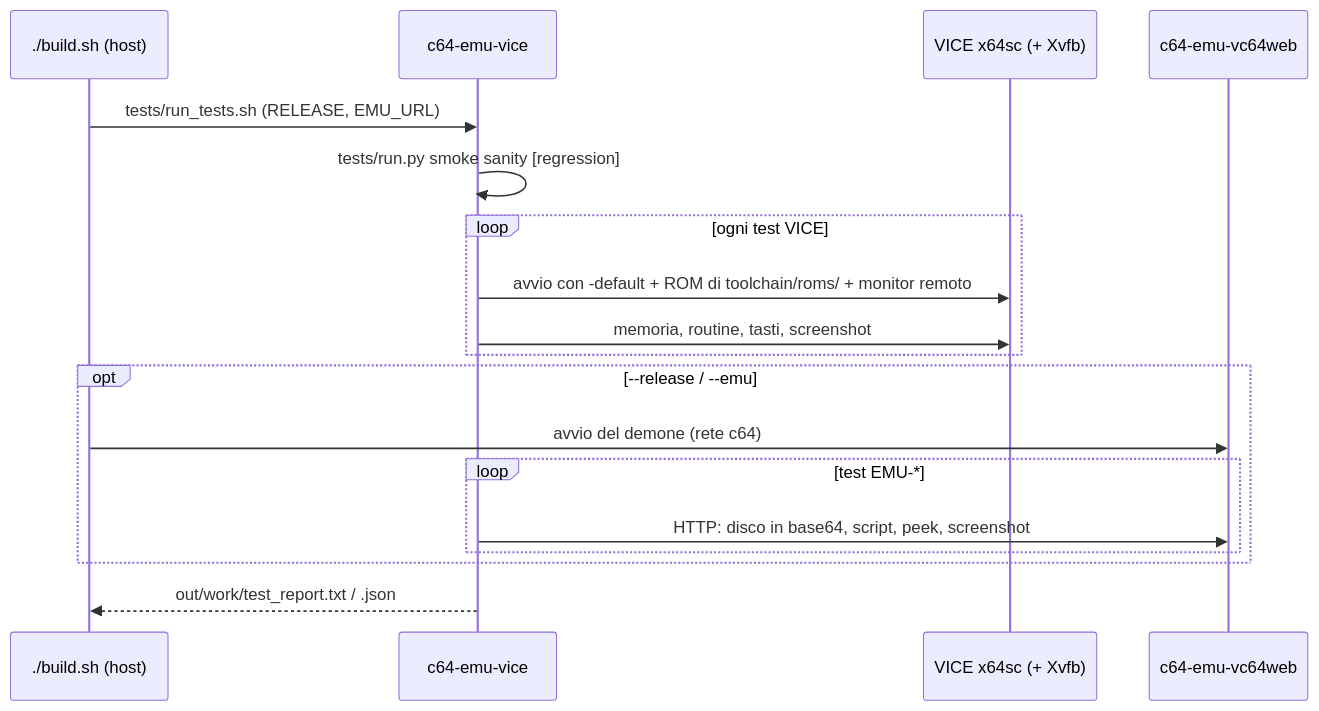
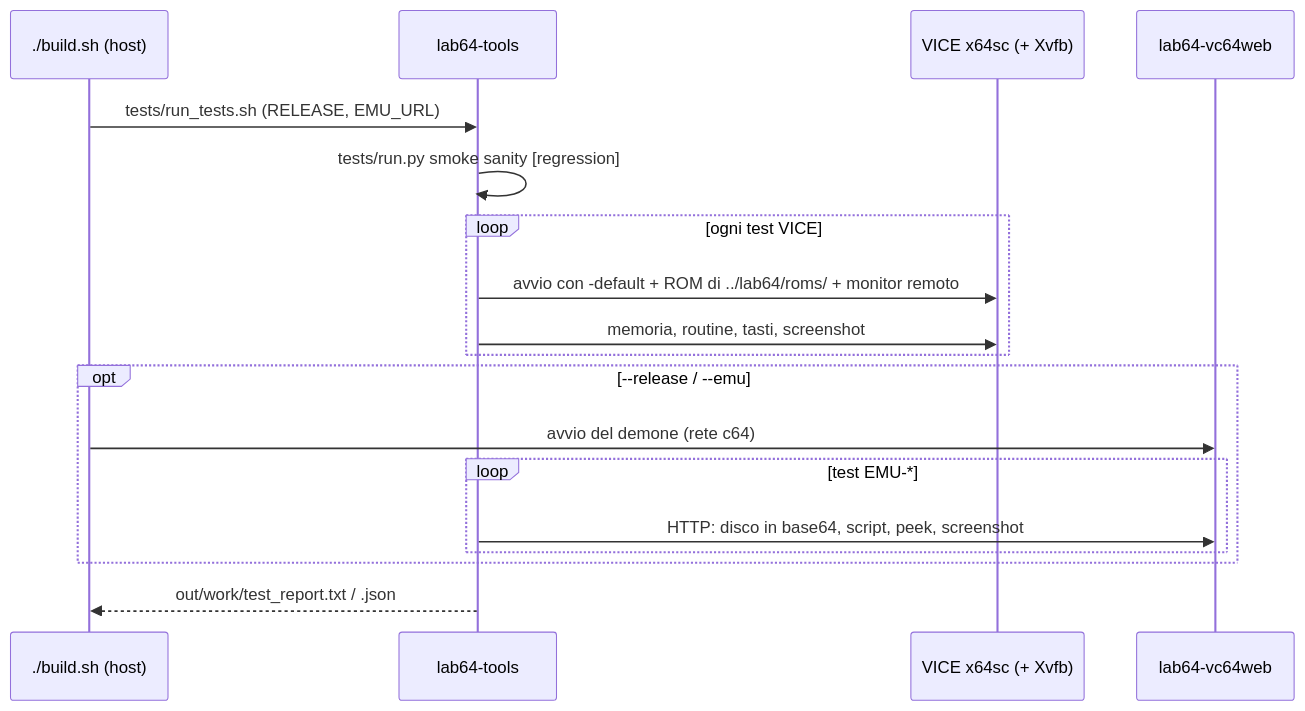
The third of 3 diagrams in docs/getting-started.md (caporalesimone/barbarian-the-blood-path), drawn with Mermaid before and after one commit. The commit also changed other lines of this file and 201 other files, not shown here.

First line of the commit message:
Toolchain separata nel repository Lab64 (T2, prima parte)

````diff
--- a/docs/getting-started.md
+++ b/docs/getting-started.md
@@ -121,20 +125,20 @@
 ```mermaid
 sequenceDiagram
   participant H as ./build.sh (host)
-  participant V as c64-emu-vice
+  participant V as lab64-tools
   participant X as VICE x64sc (+ Xvfb)
-  participant W as c64-emu-vc64web
+  participant W as lab64-vc64web
   H->>V: tests/run_tests.sh (RELEASE, EMU_URL)
   V->>V: tests/run.py smoke sanity [regression]
   loop ogni test VICE
-    V->>X: avvio con -default + ROM di toolchain/roms/ + monitor remoto
+    V->>X: avvio con -default + ROM di ../lab64/roms/ + monitor remoto
     V->>X: memoria, routine, tasti, screenshot
   end
   opt --release / --emu
     H->>W: avvio del demone (rete c64)
     loop test EMU-*
       V->>W: HTTP: disco in base64, script, peek, screenshot
     end
   end
   V-->>H: out/work/test_report.txt / .json
 ```
````
